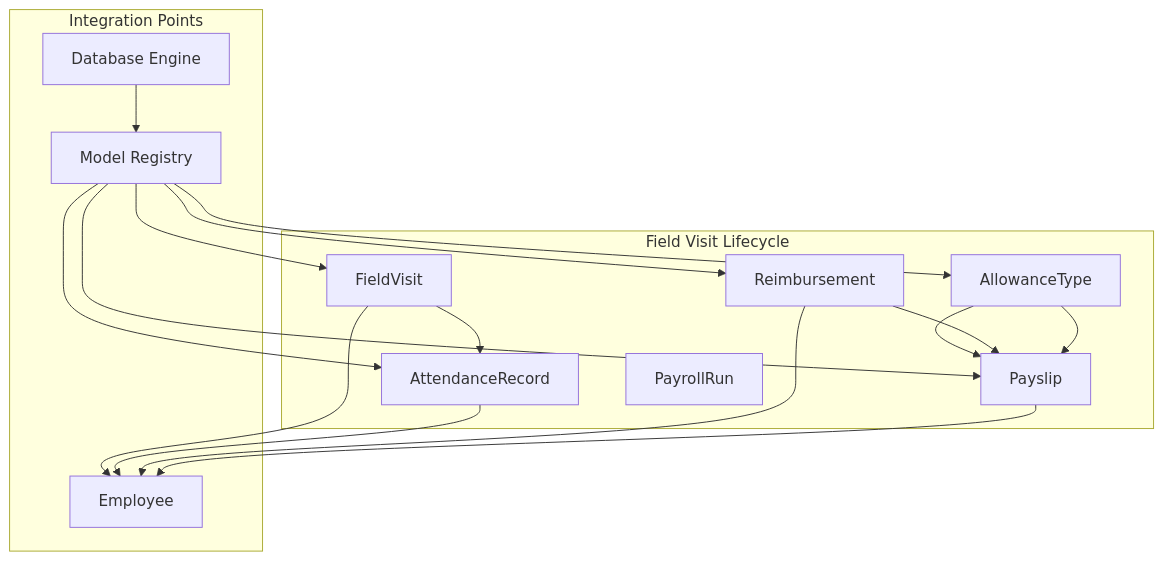
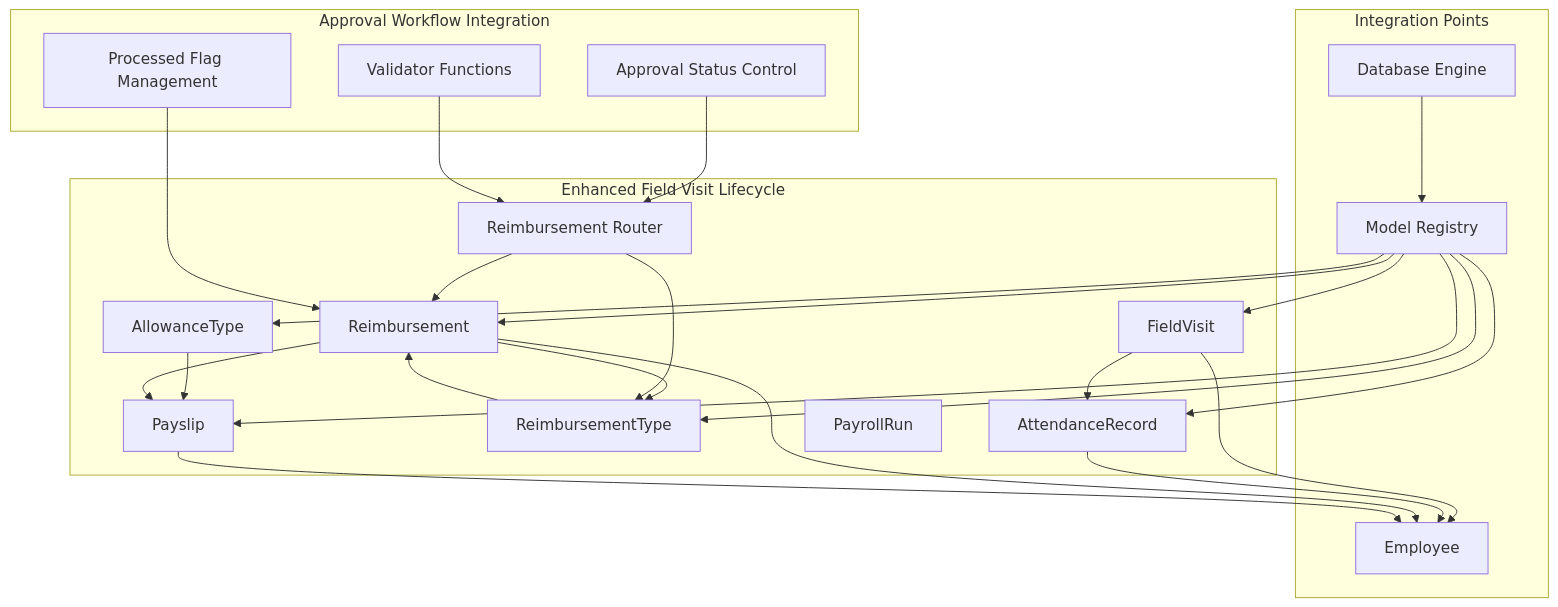
One commit to bikinaplikasipakeqoder-dot/payroll-hris changed the second of 9 diagrams in .qoder/repowiki/en/content/Field Visit Management.md. Above: the diagram before and after it, drawn with Mermaid. The commit also changed other lines of this file and 22 other files, not shown here.

````diff
--- a/.qoder/repowiki/en/content/Field Visit Management.md
+++ b/.qoder/repowiki/en/content/Field Visit Management.md
@@ -111,30 +139,44 @@
 ```mermaid
 graph TB
-subgraph "Field Visit Lifecycle"
+subgraph "Enhanced Field Visit Lifecycle"
 FV["FieldVisit"]
 AR["AttendanceRecord"]
 RM["Reimbursement"]
+RT["ReimbursementType"]
+RS["Reimbursement Router"]
 PS["Payslip"]
 PR["PayrollRun"]
 AT["AllowanceType"]
+end
+subgraph "Approval Workflow Integration"
+AP["Approval Status Control"]
+VA["Validator Functions"]
+PD["Processed Flag Management"]
 end
 subgraph "Integration Points"
 EM["Employee"]
 DB["Database Engine"]
 REG["Model Registry"]
 end
 FV --> EM
 AR --> EM
 RM --> EM
+RM --> RT
+RS --> RM
+RS --> RT
 PS --> EM
 AT --> PS
 FV --> AR
 RM --> PS
-AT --> PS
+RT --> RM
+AP --> RS
+VA --> RS
+PD --> RM
 DB --> REG
 REG --> FV
 REG --> AR
 REG --> RM
+REG --> RT
 REG --> PS
 REG --> AT
 ```
````
